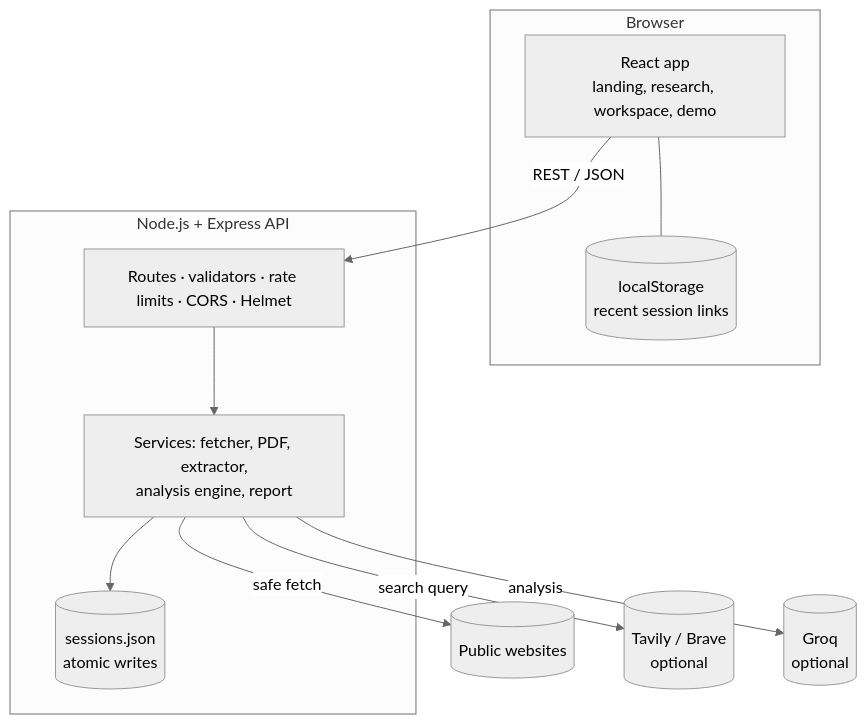
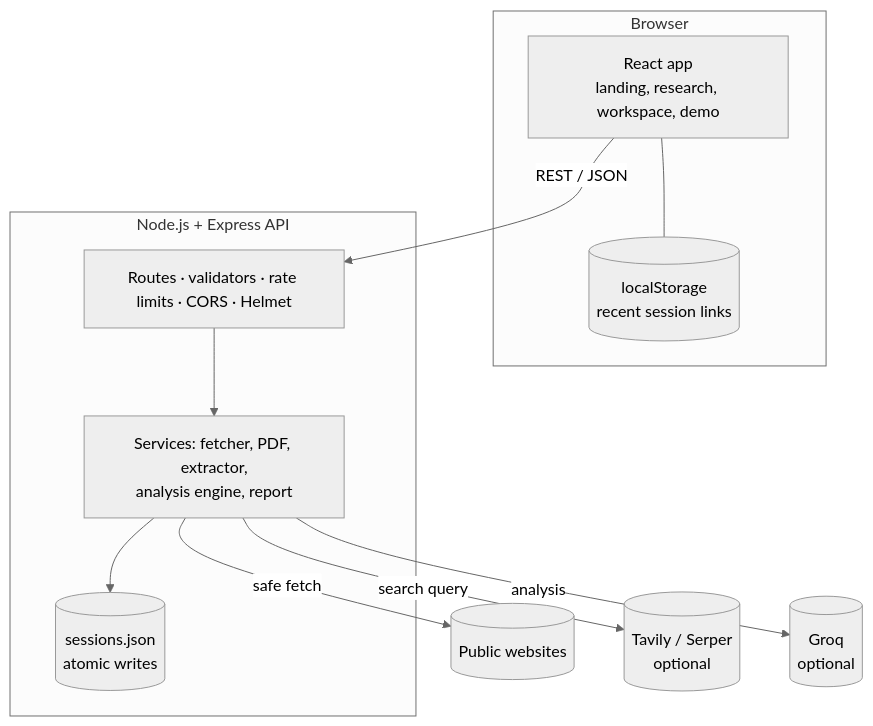
Before and after one commit to RiteshKumar2e/DIGITAL-DARK-SPOT: the second of 2 diagrams in README.md, drawn with Mermaid (neutral theme). The commit also changed other lines of this file and 7 other files, not shown here.

Commit message:
feat: update web search provider from Brave to Serper and enhance related documentation

````diff
--- a/README.md
+++ b/README.md
@@ -159,21 +159,21 @@
 ```mermaid
 flowchart TB
     subgraph Browser
         UI[React app<br/>landing, research, workspace, demo]
         LS[(localStorage<br/>recent session links)]
     end
     subgraph Server[Node.js + Express API]
         R[Routes · validators · rate limits · CORS · Helmet]
         S[Services: fetcher, PDF, extractor,<br/>analysis engine, report]
         DB[(sessions.json<br/>atomic writes)]
     end
     W[(Public websites)]
-    T[(Tavily / Brave<br/>optional)]
+    T[(Tavily / Serper<br/>optional)]
     G[(Groq<br/>optional)]
 
     UI -- REST / JSON --> R --> S --> DB
     S -- safe fetch --> W
     S -- search query --> T
     S -- analysis --> G
     UI --- LS
 ```
````
